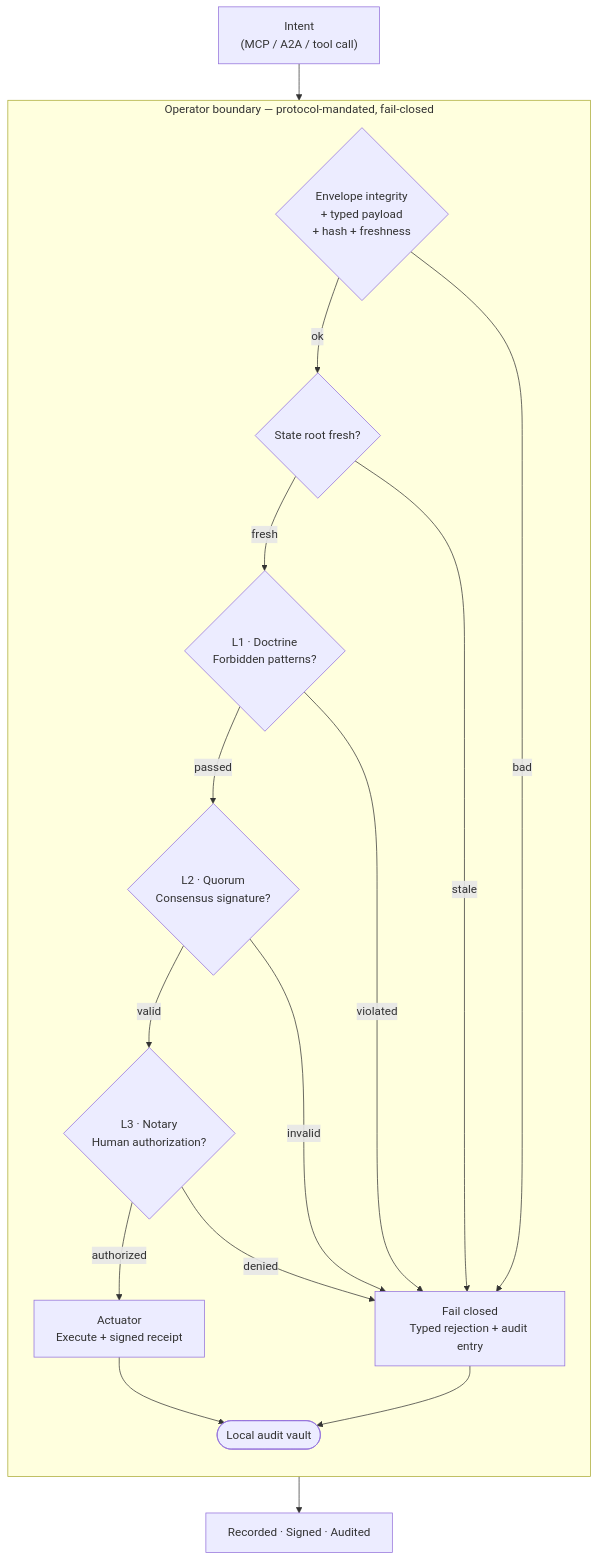
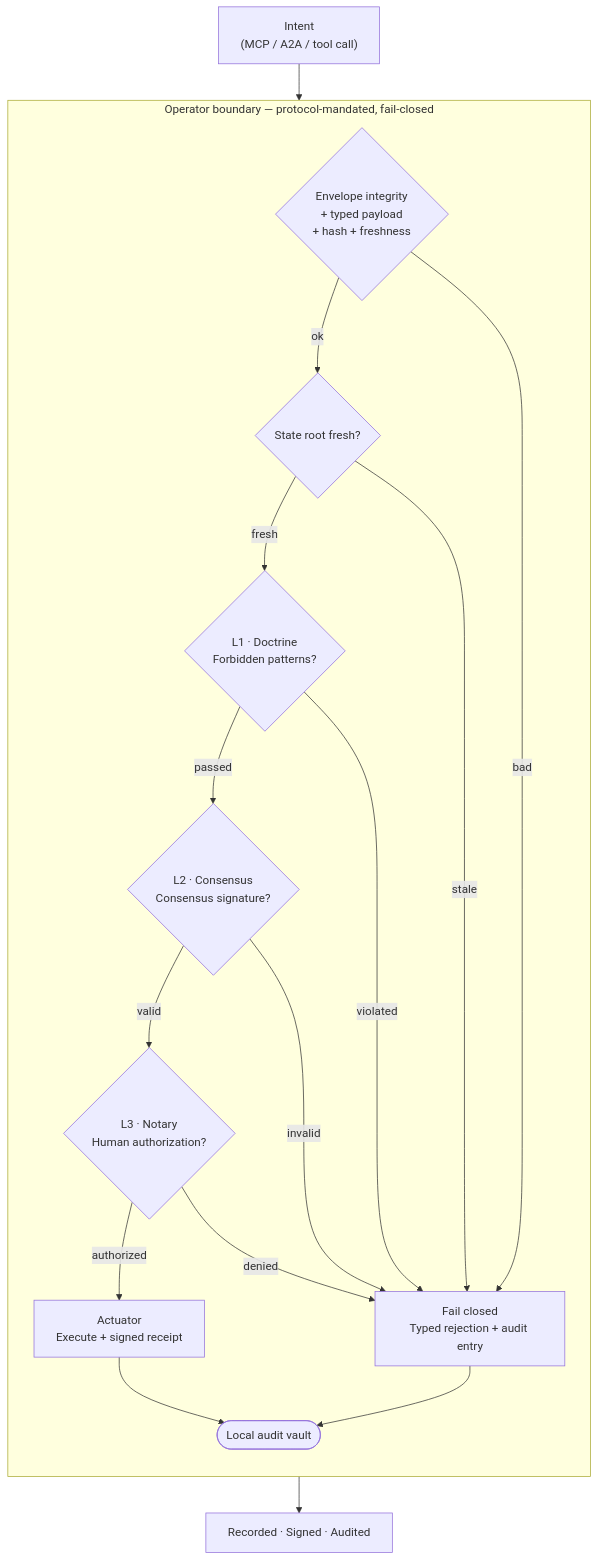
The second of 2 diagrams in README.md (g8e-ai/g8e), drawn with Mermaid before and after one commit. The commit also changed other lines of this file and 43 other files, not shown here.

````diff
--- a/README.md
+++ b/README.md
@@ -108,34 +108,34 @@
 ```mermaid
 graph TD
     Start["Intent<br/>(MCP / A2A / tool call)"]
 
     subgraph Operator ["Operator boundary — protocol-mandated, fail-closed"]
         direction TB
         Pre{"Envelope integrity<br/>+ typed payload<br/>+ hash + freshness"}
         State{"State root fresh?"}
         L1{"L1 · Doctrine<br/>Forbidden patterns?"}
-        L2{"L2 · Quorum<br/>Consensus signature?"}
+        L2{"L2 · Consensus<br/>Consensus signature?"}
         L3{"L3 · Notary<br/>Human authorization?"}
         Fail["Fail closed<br/>Typed rejection + audit entry"]
         Act["Actuator<br/>Execute + signed receipt"]
         Vault([Local audit vault])
 
         Pre -- ok --> State
         State -- fresh --> L1
         L1 -- passed --> L2
         L2 -- valid --> L3
         L3 -- authorized --> Act
 
         Pre -- bad --> Fail
         State -- stale --> Fail
         L1 -- violated --> Fail
         L2 -- invalid --> Fail
         L3 -- denied --> Fail
 
         Act --> Vault
         Fail --> Vault
     end
 
     Start --> Pre
     Vault --> Done["Recorded · Signed · Audited"]
 ```
````
